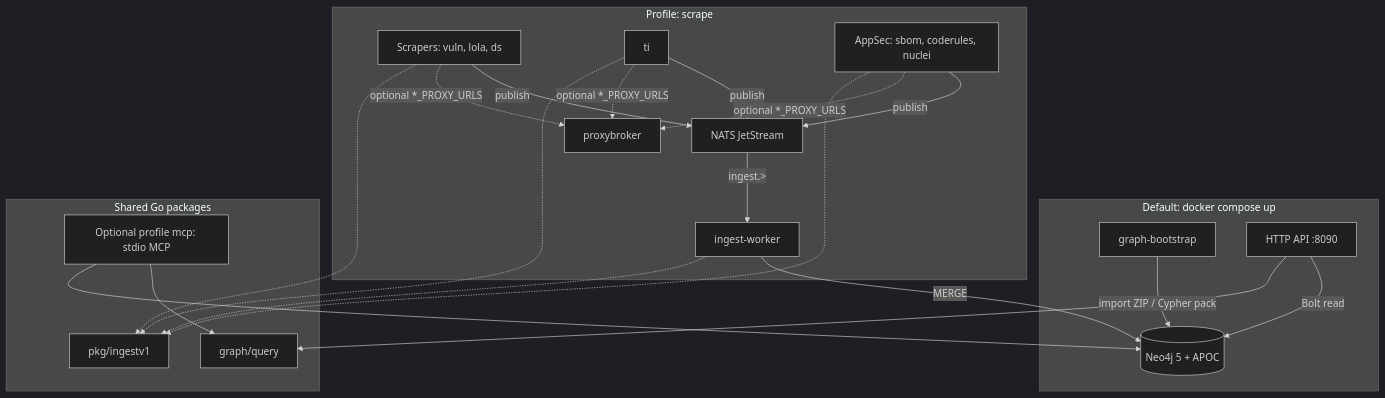
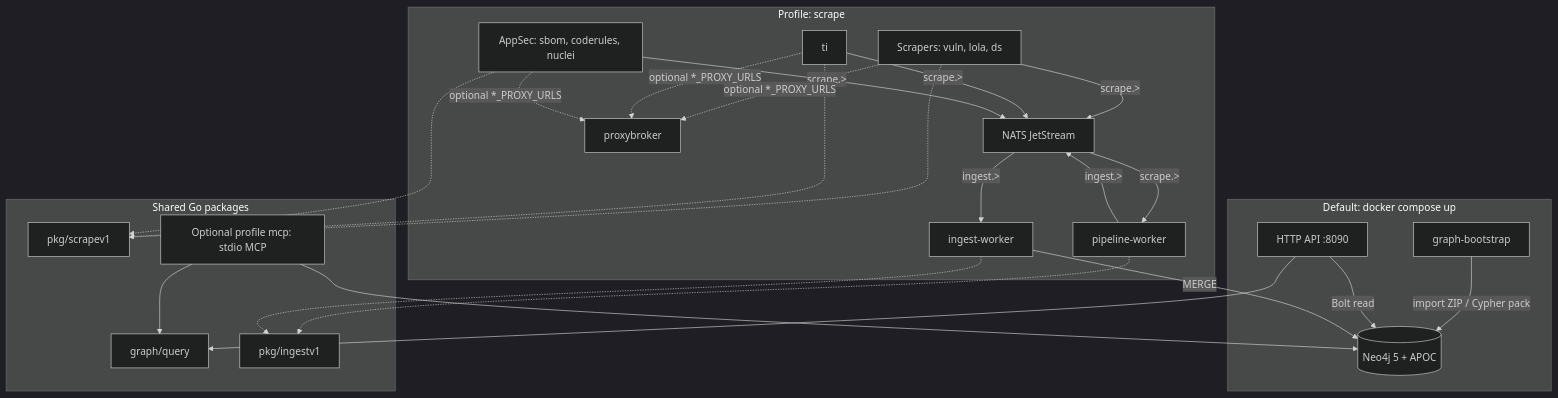
Before and after one commit to butbeautifulv/threat_intelligence: the diagram in README.md, drawn with Mermaid (dark theme). The commit also changed other lines of this file and 442 other files, not shown here.

First line of the commit message:
refactor: three-layer scrape/pipeline/graph stack and NVD enrichment fix

````diff
--- a/README.md
+++ b/README.md
@@ -13,36 +15,40 @@
 ```mermaid
 flowchart TB
   subgraph default_stack["Default: docker compose up"]
     Neo4j[(Neo4j 5 + APOC)]
     Bootstrap[graph-bootstrap]
     API[HTTP API :8090]
     Bootstrap -->|"import ZIP / Cypher pack"| Neo4j
     API -->|"Bolt read"| Neo4j
   end
   subgraph scrape_profile["Profile: scrape"]
     NATS[NATS JetStream]
+    Pipeline[pipeline-worker]
     Worker[ingest-worker]
     Proxy[proxybroker]
     S["Scrapers: vuln, lola, ds"]
     TI["ti"]
     A["AppSec: sbom, coderules, nuclei"]
-    S -->|"publish"| NATS
-    TI -->|"publish"| NATS
-    A -->|"publish"| NATS
+    S -->|"scrape.>"| NATS
+    TI -->|"scrape.>"| NATS
+    A -->|"scrape.>"| NATS
+    NATS -->|"scrape.>"| Pipeline -->|"ingest.>"| NATS
     NATS -->|"ingest.>"| Worker -->|"MERGE"| Neo4j
     S -.->|optional *_PROXY_URLS| Proxy
     TI -.->|optional *_PROXY_URLS| Proxy
     A -.->|optional *_PROXY_URLS| Proxy
   end
   subgraph modules["Shared Go packages"]
     GQ[graph/query]
+    SV1[pkg/scrapev1]
     IV1[pkg/ingestv1]
     API --> GQ
     MCP[Optional profile mcp: stdio MCP] --> GQ
     MCP --> Neo4j
-    A -.-> IV1
-    TI -.-> IV1
-    S -.-> IV1
+    S -.-> SV1
+    TI -.-> SV1
+    A -.-> SV1
+    Pipeline -.-> IV1
     Worker -.-> IV1
   end
 ```
````
